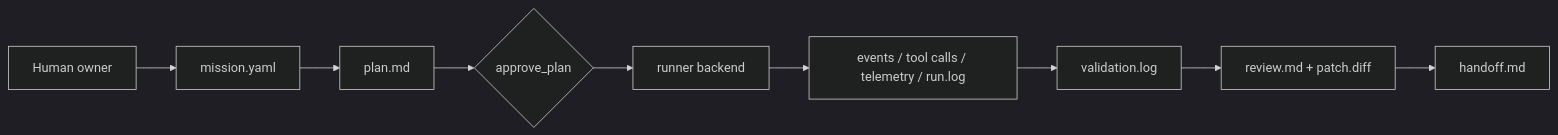
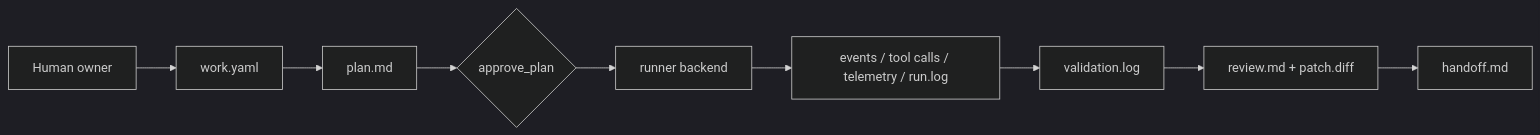
The first of 2 diagrams in README.zh-CN.md (hongbinzuo/supermission), drawn with Mermaid (dark theme) before and after one commit. The commit also changed other lines of this file and 29 other files, not shown here.

````diff
--- a/README.zh-CN.md
+++ b/README.zh-CN.md
@@ -95,11 +108,11 @@
 ```mermaid
 flowchart LR
-  User[Human owner] --> Spec[mission.yaml]
+  User[Human owner] --> Spec[work.yaml]
   Spec --> Plan[plan.md]
   Plan --> Gate{approve_plan}
   Gate --> Run[runner backend]
   Run --> Evidence[events / tool calls / telemetry / run.log]
   Evidence --> Validate[validation.log]
   Validate --> Review[review.md + patch.diff]
   Review --> Handoff[handoff.md]
 ```
````
